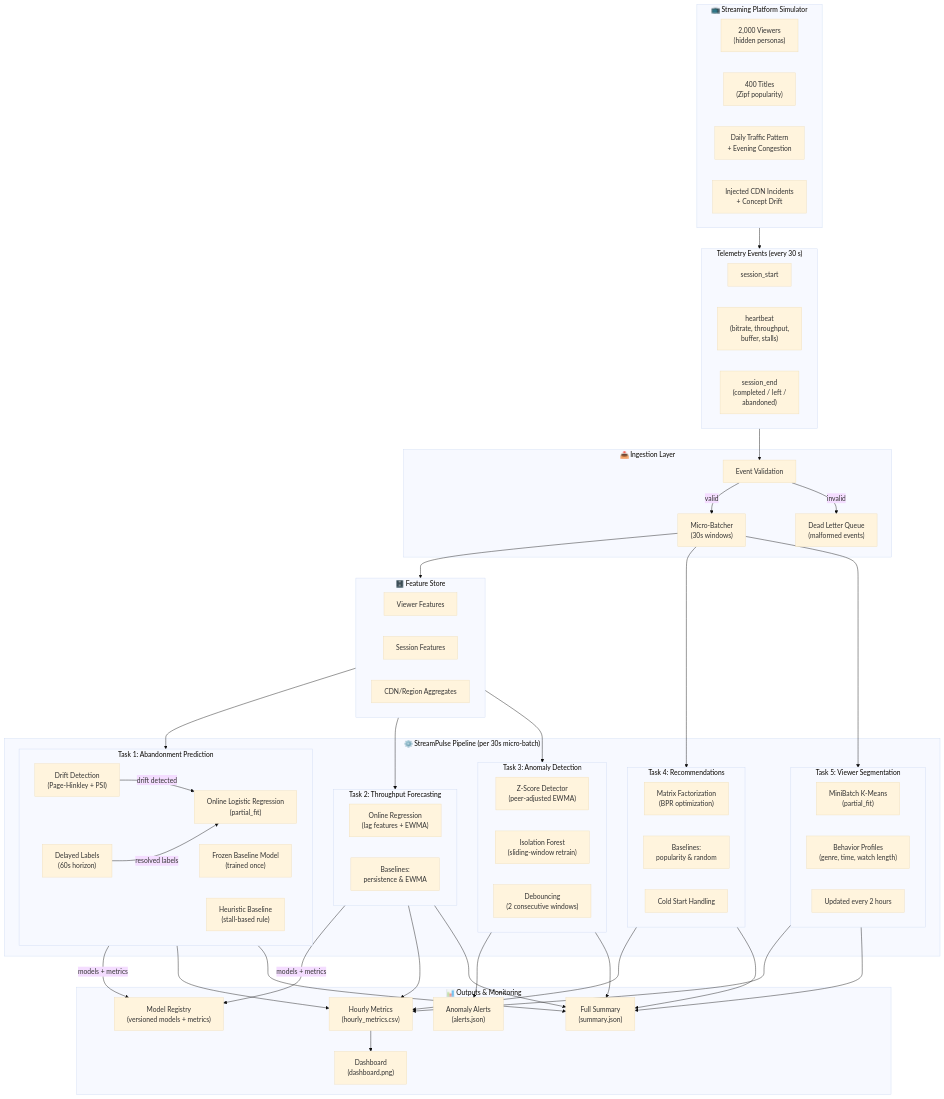
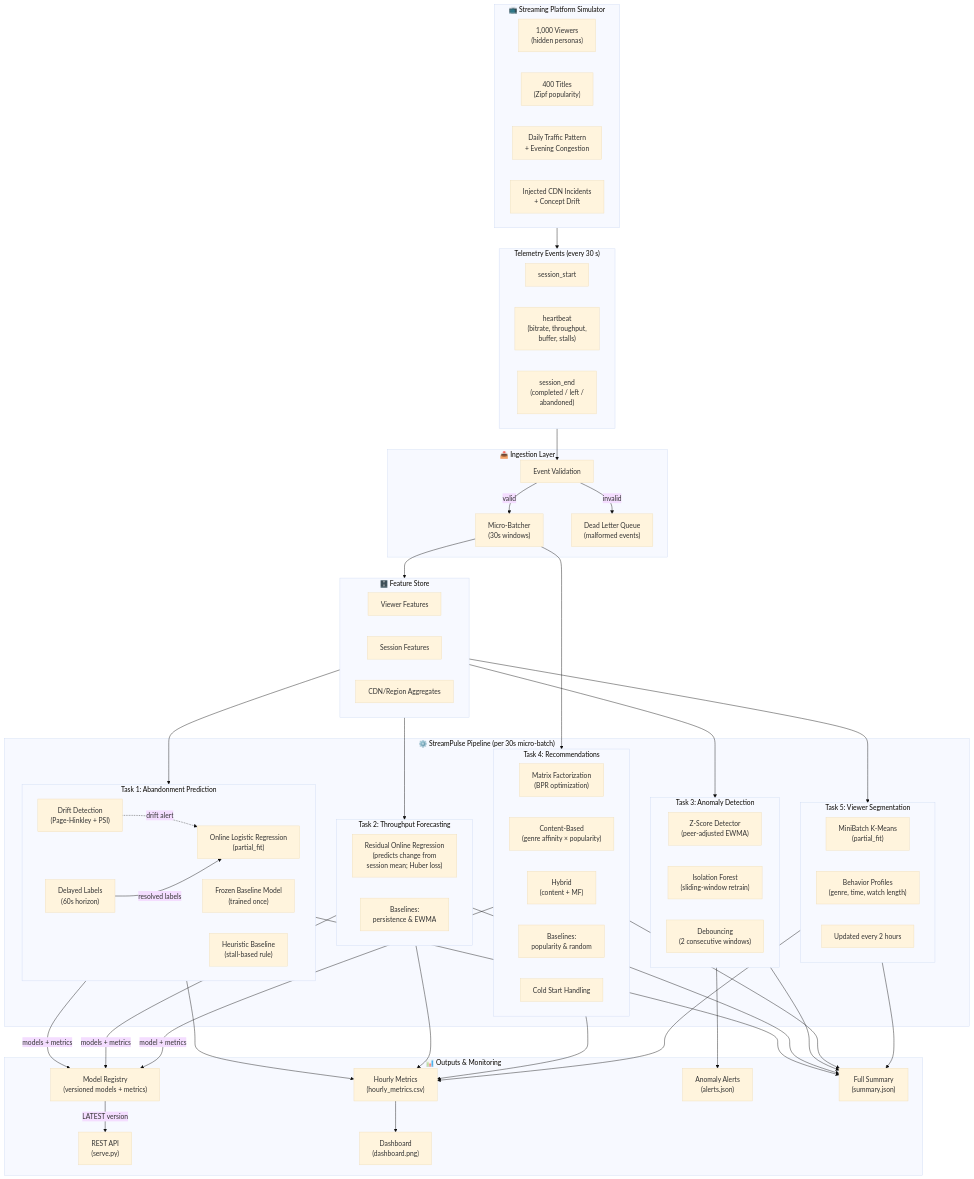
Before and after one commit to shashishekhar37/streampulse: the first of 5 diagrams in docs/architecture.md, drawn with Mermaid (base theme). The commit also changed other lines of this file and 1 other file, not shown here.

First line of the commit message:
Fix architecture doc and show_data labels to match the code

````diff
--- a/docs/architecture.md
+++ b/docs/architecture.md
@@ -5,7 +5,7 @@
 ```mermaid
 flowchart TB
     subgraph SIM["📺 Streaming Platform Simulator"]
-        V["2,000 Viewers\n(hidden personas)"]
+        V["1,000 Viewers\n(hidden personas)"]
         T["400 Titles\n(Zipf popularity)"]
         D["Daily Traffic Pattern\n+ Evening Congestion"]
         I["Injected CDN Incidents\n+ Concept Drift"]
@@ -46,7 +46,7 @@
         end
 
         subgraph T2["Task 2: Throughput Forecasting"]
-            F1["Online Regression\n(lag features + EWMA)"]
+            F1["Residual Online Regression\n(predicts change from\nsession mean; Huber loss)"]
             F2["Baselines:\npersistence & EWMA"]
         end
 
@@ -58,6 +58,8 @@
 
         subgraph T4["Task 4: Recommendations"]
             R1["Matrix Factorization\n(BPR optimization)"]
+            R4["Content-Based\n(genre affinity × popularity)"]
+            R5["Hybrid\n(content + MF)"]
             R2["Baselines:\npopularity & random"]
             R3["Cold Start Handling"]
         end
@@ -71,6 +73,7 @@
 
     subgraph OUTPUTS["📊 Outputs & Monitoring"]
         REG["Model Registry\n(versioned models + metrics)"]
+        API["REST API\n(serve.py)"]
         DASH["Dashboard\n(dashboard.png)"]
         METRICS["Hourly Metrics\n(hourly_metrics.csv)"]
         ALERTS["Anomaly Alerts\n(alerts.json)"]
@@ -81,10 +84,12 @@
     FS --> T2
     FS --> T3
     MB --> T4
-    MB --> T5
+    FS --> T5
 
     T1 -->|models + metrics| REG
     T2 -->|models + metrics| REG
+    T4 -->|model + metrics| REG
+    REG -->|LATEST version| API
     T3 --> ALERTS
     T1 --> METRICS
     T2 --> METRICS
@@ -96,6 +101,6 @@
     T3 --> SUMMARY
     T4 --> SUMMARY
     T5 --> SUMMARY
-    DD -->|drift detected| A1
+    DD -.->|drift alert| A1
     DL -->|resolved labels| A1
 ```
````
